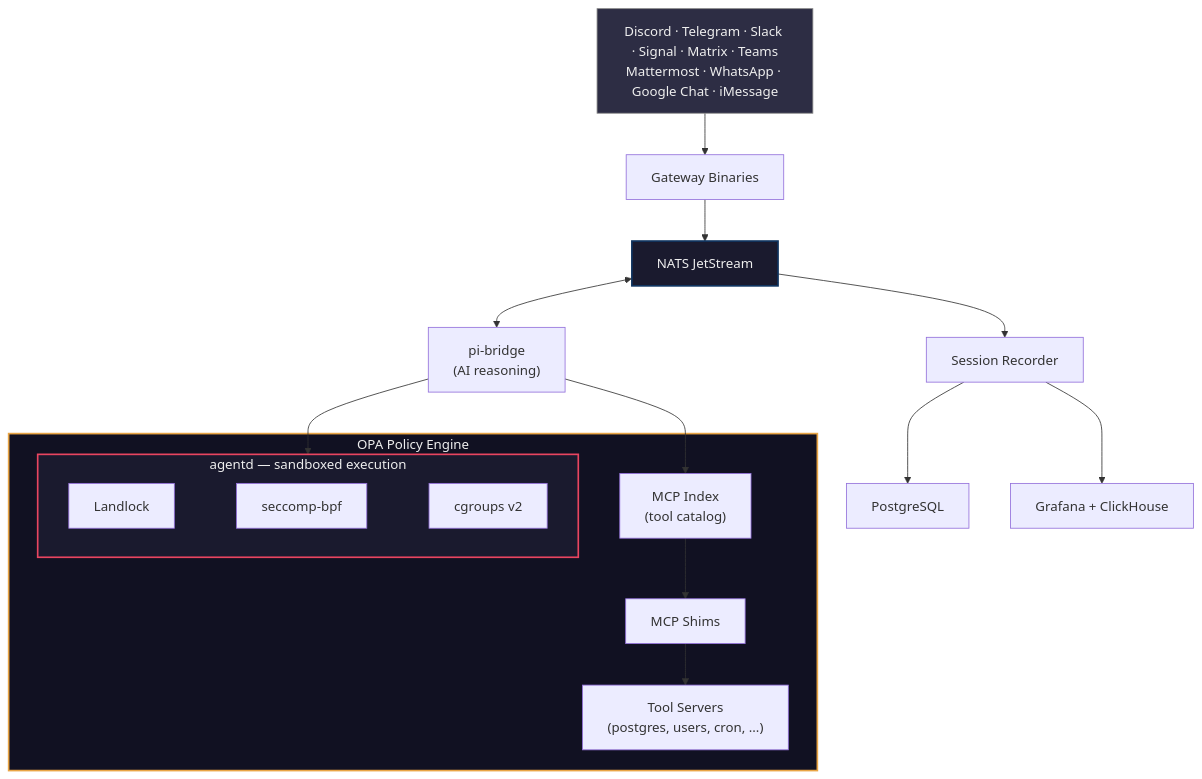
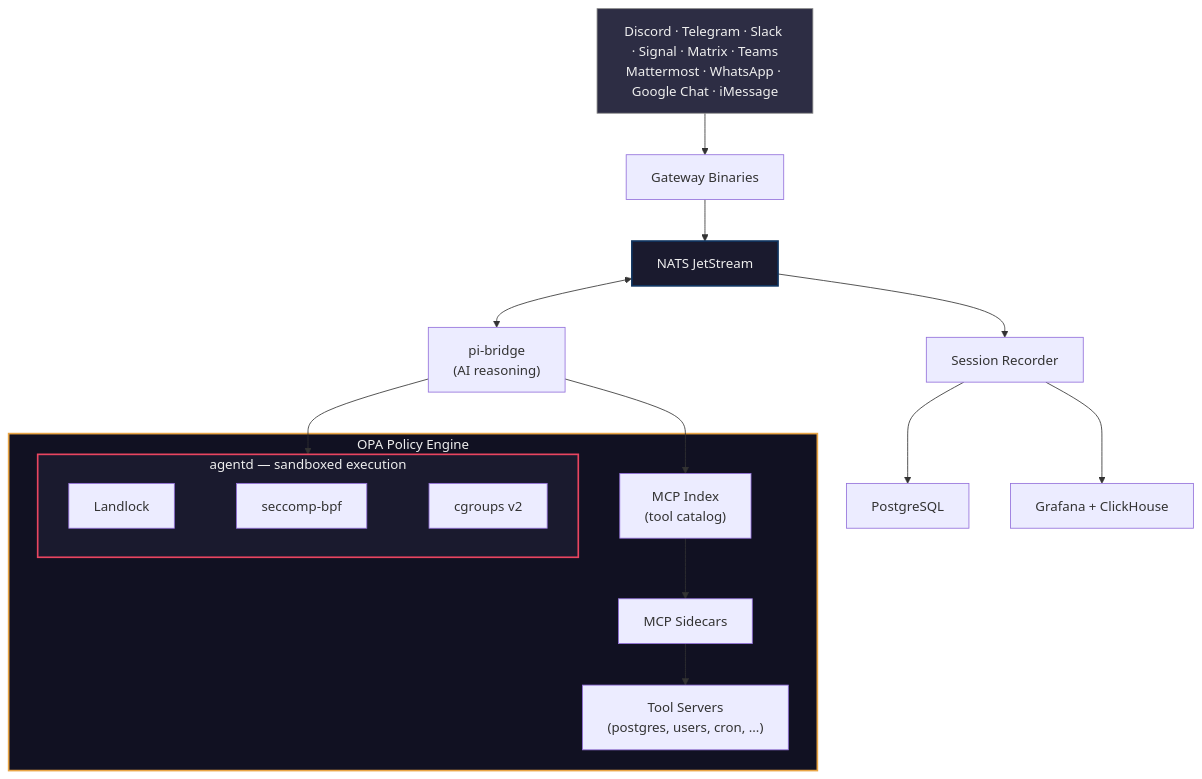
One commit to sibyllinesoft/smith-core changed the diagram in README.md. Above: the diagram before and after it, drawn with Mermaid. The commit also changed other lines of this file and 18 other files, not shown here.

````diff
--- a/README.md
+++ b/README.md
@@ -69,31 +69,31 @@
 ```mermaid
 graph TD
     Platforms["Discord · Telegram · Slack · Signal · Matrix · Teams<br/>Mattermost · WhatsApp · Google Chat · iMessage"]
     Platforms --> Gateways["Gateway Binaries"]
     Gateways --> NATS["NATS JetStream"]
 
     NATS <--> PiBridge["pi-bridge<br/>(AI reasoning)"]
     NATS --> Recorder["Session Recorder"]
 
     Recorder --> Postgres["PostgreSQL"]
     Recorder --> Observability["Grafana + ClickHouse"]
 
     PiBridge --> Index
     PiBridge --> Agentd
 
     subgraph OPA["OPA Policy Engine"]
         Index["MCP Index<br/>(tool catalog)"]
-        Index --> Shims["MCP Shims"]
+        Index --> Shims["MCP Sidecars"]
         Shims --> Tools["Tool Servers<br/>(postgres, users, cron, ...)"]
 
         subgraph Agentd["agentd — sandboxed execution"]
             direction LR
             Landlock ~~~ Seccomp["seccomp-bpf"] ~~~ Cgroups["cgroups v2"]
         end
     end
 
     style Platforms fill:#2d2d44,stroke:#888,color:#eee
     style OPA fill:#111122,stroke:#e9a545,stroke-width:2px,color:#eee
     style Agentd fill:#1a1a2e,stroke:#e94560,stroke-width:2px,color:#eee
     style NATS fill:#1a1a2e,stroke:#0f3460,stroke-width:2px,color:#eee
 ```
````
